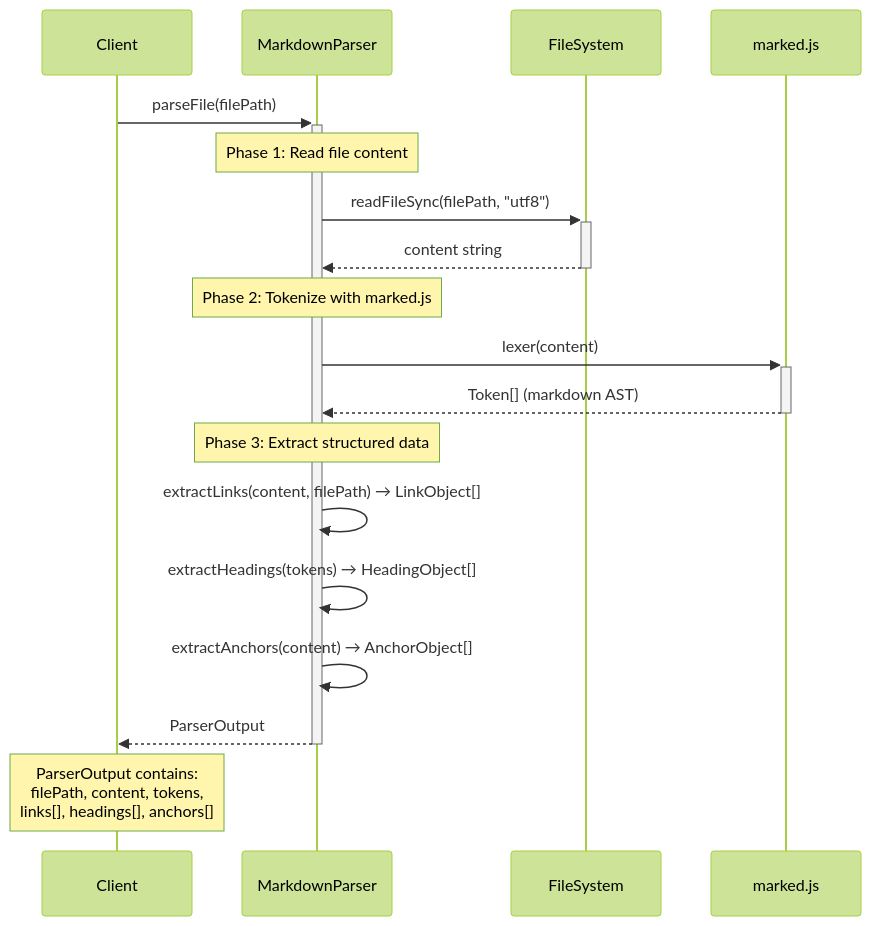
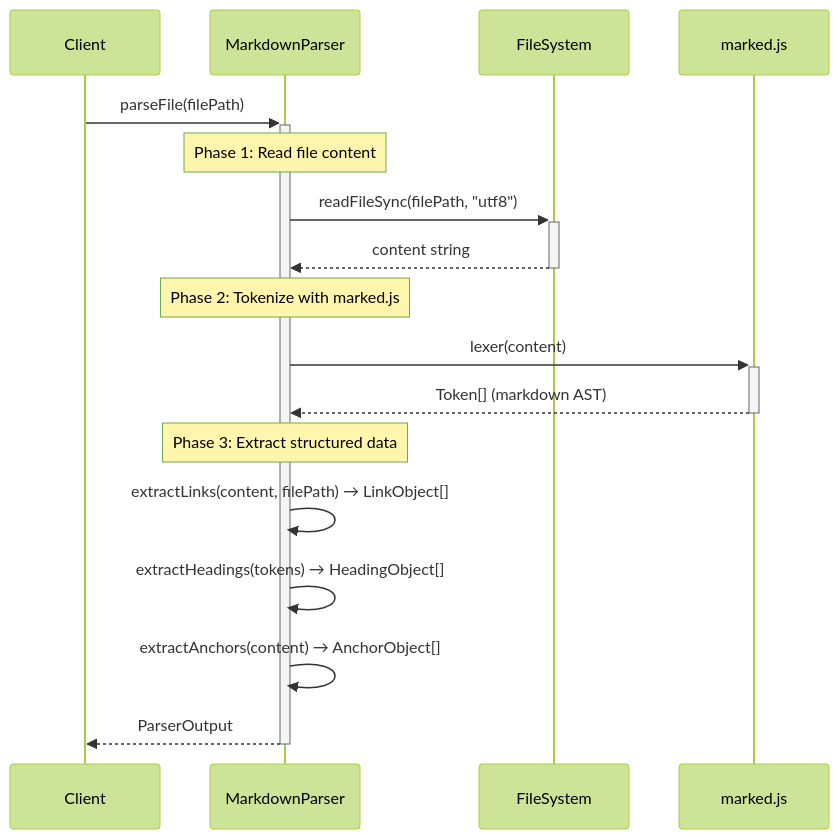
Before and after one commit to WesleyMFrederick/cc-workflows: the second of 2 diagrams in tools/citation-manager/design-docs/component-guides/Markdown Parser Implementation Guide.md, drawn with Mermaid (forest theme). The commit also changed other lines of this file and 10 other files, not shown here.

````diff
--- a/tools/citation-manager/design-docs/component-guides/Markdown Parser Implementation Guide.md
+++ b/tools/citation-manager/design-docs/component-guides/Markdown Parser Implementation Guide.md
@@ -180,26 +180,25 @@
 ```mermaid
 sequenceDiagram
     participant Client
     participant Parser as MarkdownParser
     participant FS as FileSystem
     participant Marked as marked.js
 
     Client->>+Parser: parseFile(filePath)
 
     note over Parser: Phase 1: Read file content
     Parser->>+FS: readFileSync(filePath, "utf8")
     FS-->>-Parser: content string
 
     note over Parser: Phase 2: Tokenize with marked.js
     Parser->>+Marked: lexer(content)
     Marked-->>-Parser: Token[] (markdown AST)
 
     note over Parser: Phase 3: Extract structured data
     Parser->>Parser: extractLinks(content, filePath) → LinkObject[]
     Parser->>Parser: extractHeadings(tokens) → HeadingObject[]
     Parser->>Parser: extractAnchors(content) → AnchorObject[]
 
     Parser-->>-Client: ParserOutput
 
-    note over Client: ParserOutput contains:<br/>filePath, content, tokens,<br/>links[], headings[], anchors[]
 ```
````
